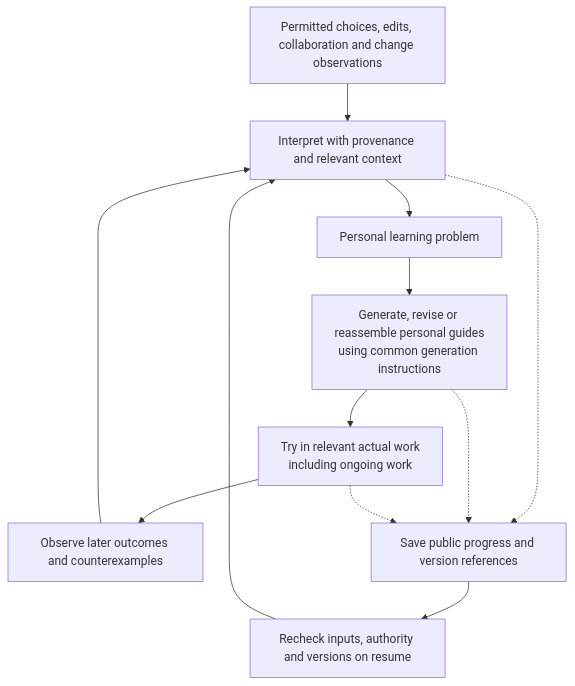
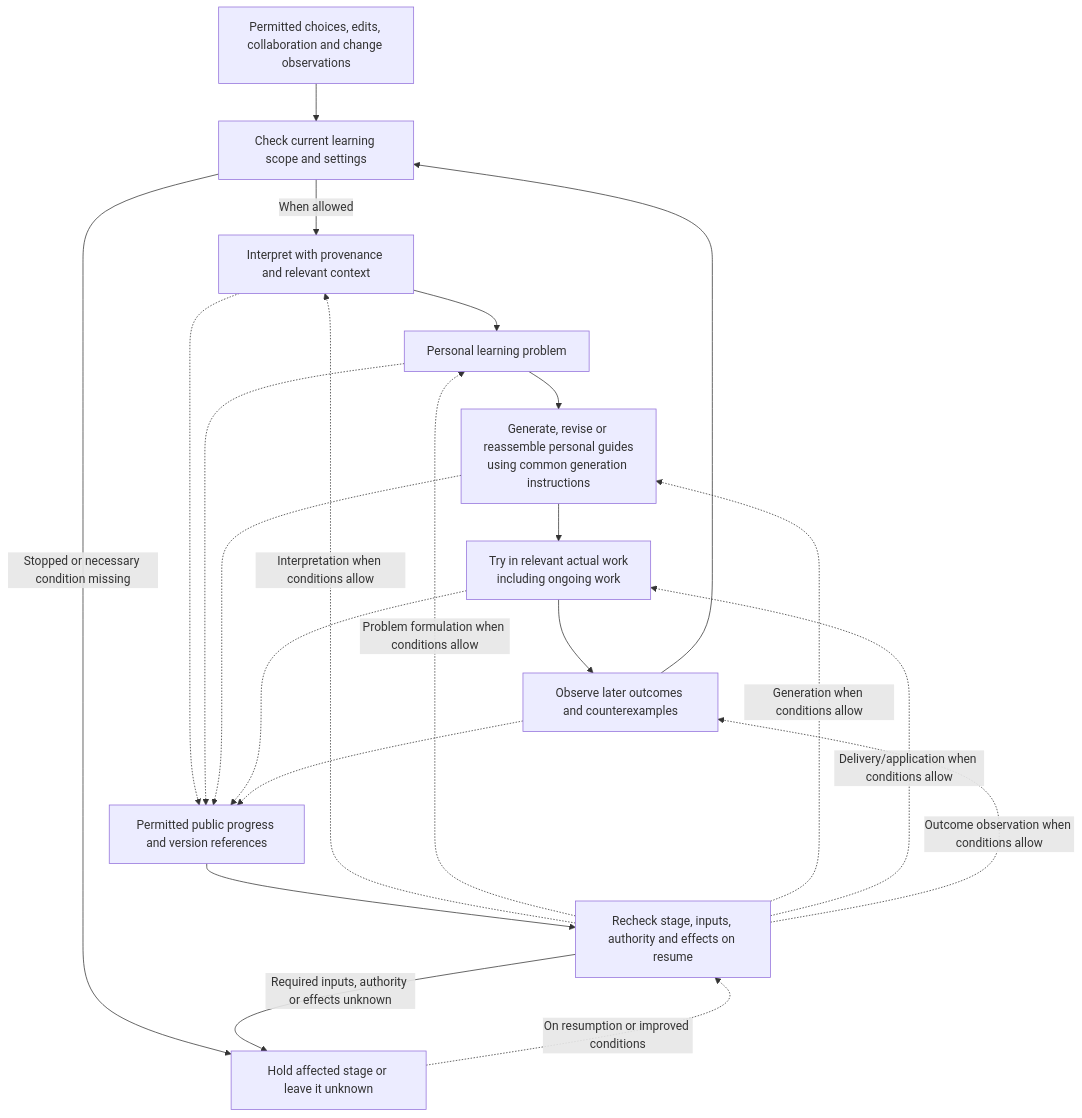
One commit to ParkerHwang/OpenSocrates changed the second of 2 diagrams in docs/v2.0/SYSTEM_2.0.md. Above: the diagram before and after it, drawn with Mermaid. The commit also changed other lines of this file and 7 other files, not shown here.

Commit message:
Clarify learning resumption and lost state

````diff
--- a/docs/v2.0/SYSTEM_2.0.md
+++ b/docs/v2.0/SYSTEM_2.0.md
@@ -197,18 +197,32 @@
 ```mermaid
 flowchart TD
     signal["Permitted choices, edits, collaboration and change observations"]
+    eligibility["Check current learning scope and settings"]
     assess["Interpret with provenance and relevant context"]
     issue["Personal learning problem"]
     propose["Generate, revise or reassemble personal guides<br/>using common generation instructions"]
     apply["Try in relevant actual work<br/>including ongoing work"]
     observe["Observe later outcomes and counterexamples"]
-    checkpoint["Save public progress and version references"]
-    resume["Recheck inputs, authority and versions on resume"]
+    checkpoint["Permitted public progress and version references"]
+    resume["Recheck stage, inputs, authority and effects on resume"]
+    waiting["Hold affected stage or leave it unknown"]
 
-    signal --> assess --> issue --> propose --> apply --> observe
-    observe --> assess
+    signal --> eligibility
+    eligibility -->|"When allowed"| assess
+    assess --> issue --> propose --> apply --> observe
+    observe --> eligibility
+    eligibility -->|"Stopped or necessary condition missing"| waiting
     assess -.-> checkpoint
+    issue -.-> checkpoint
     propose -.-> checkpoint
     apply -.-> checkpoint
-    checkpoint --> resume --> assess
+    observe -.-> checkpoint
+    checkpoint --> resume
+    resume -.->|"Interpretation when conditions allow"| assess
+    resume -.->|"Problem formulation when conditions allow"| issue
+    resume -.->|"Generation when conditions allow"| propose
+    resume -.->|"Delivery/application when conditions allow"| apply
+    resume -.->|"Outcome observation when conditions allow"| observe
+    resume -->|"Required inputs, authority or effects unknown"| waiting
+    waiting -.->|"On resumption or improved conditions"| resume
 ```
````
